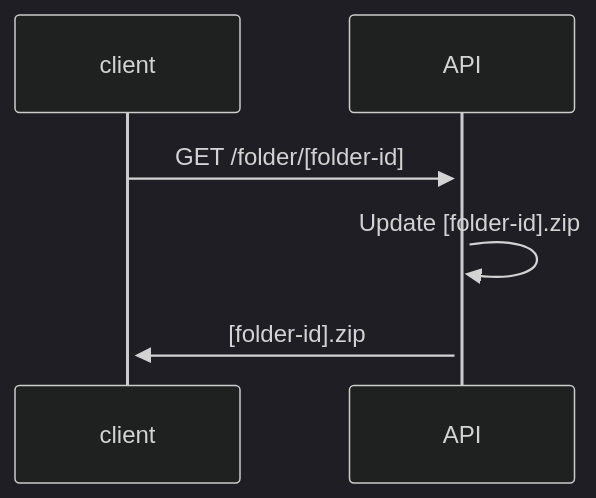
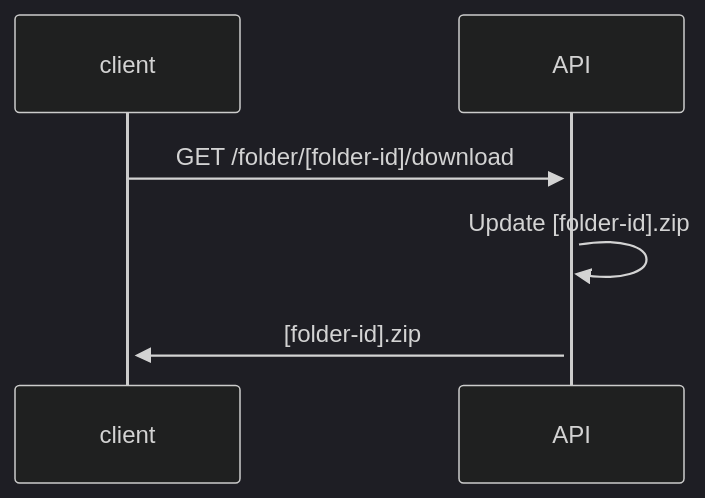
One commit to leplatrem/besace changed the third of 3 diagrams in README.md. Above: the diagram before and after it, drawn with Mermaid (dark theme). The commit also changed other lines of this file and 15 other files, not shown here.

````diff
--- a/README.md
+++ b/README.md
@@ -110,6 +108,6 @@
 ```mermaid
 sequenceDiagram
-    client->>+API: GET /folder/[folder-id]
+    client->>+API: GET /folder/[folder-id]/download
     API->>+API: Update [folder-id].zip
     API->>+client: [folder-id].zip
 ```
````
